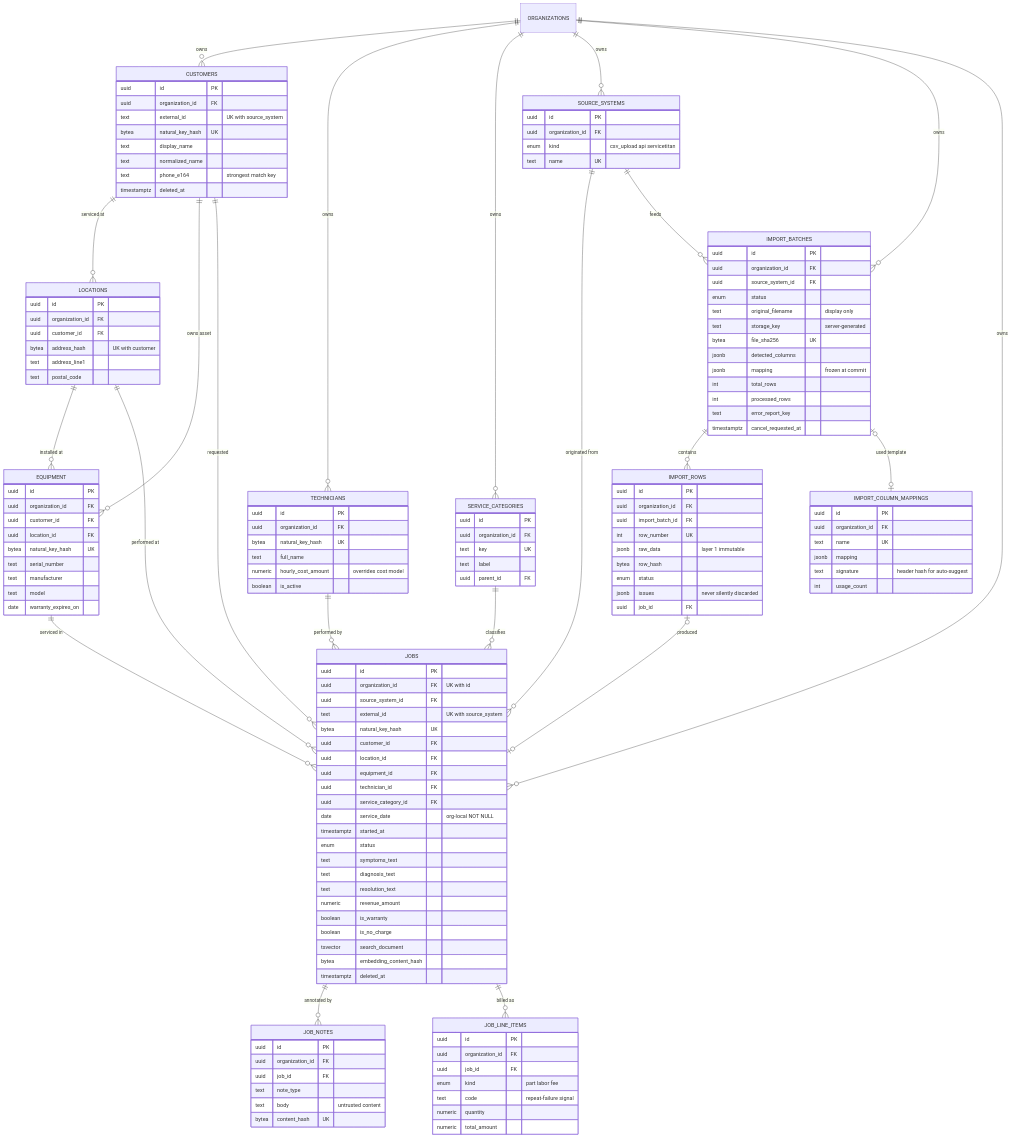
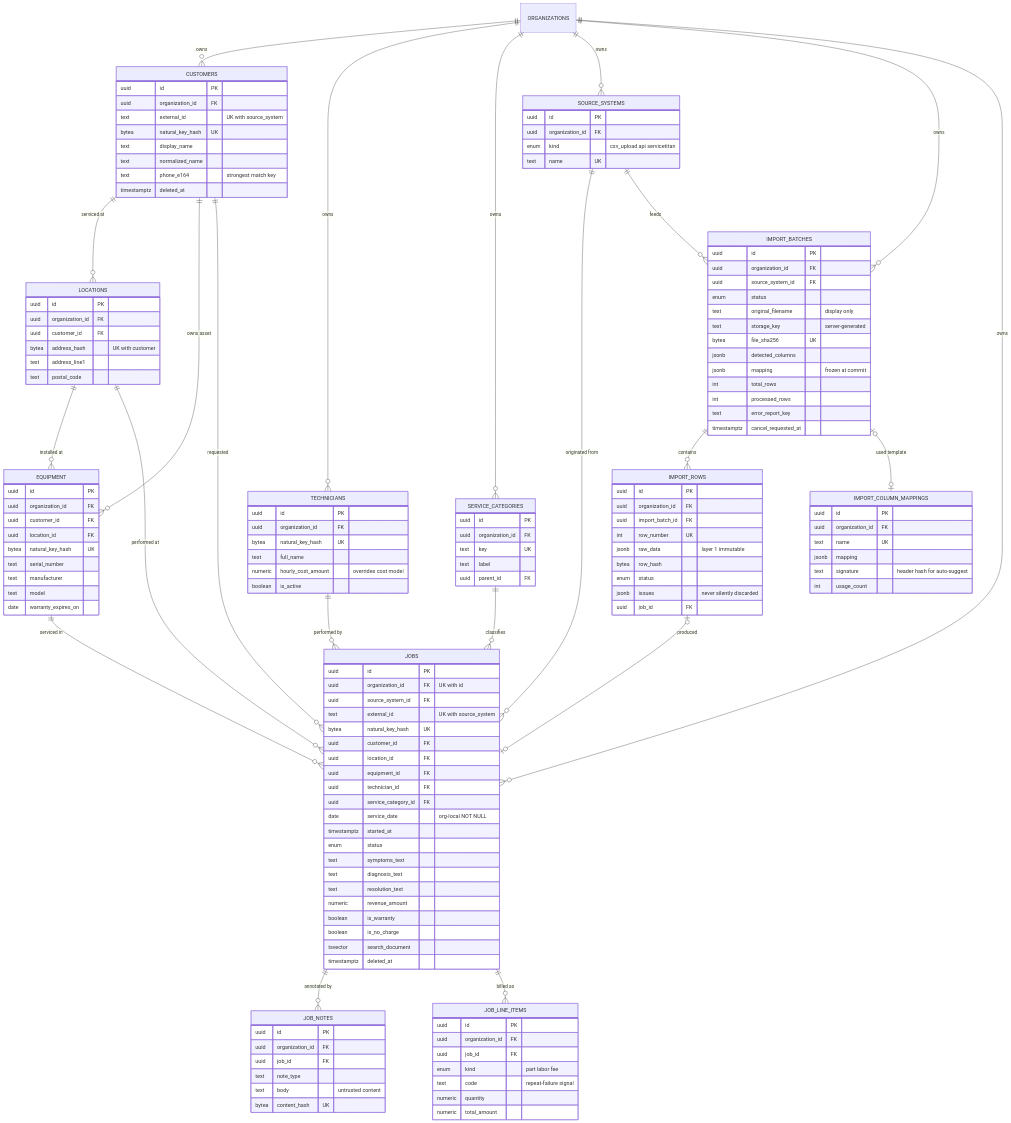
The second of 4 diagrams in docs/architecture/05-erd.md (JjayFabor/secondtrip), drawn with Mermaid before and after one commit. The commit also changed other lines of this file and 25 other files, not shown here.

Commit message:
docs: align architecture with phases 3 through 6

```diff
--- a/docs/architecture/05-erd.md
+++ b/docs/architecture/05-erd.md
@@ -189,7 +189,6 @@
         boolean is_warranty
         boolean is_no_charge
         tsvector search_document
-        bytea embedding_content_hash
         timestamptz deleted_at
     }
     JOB_NOTES {
```
